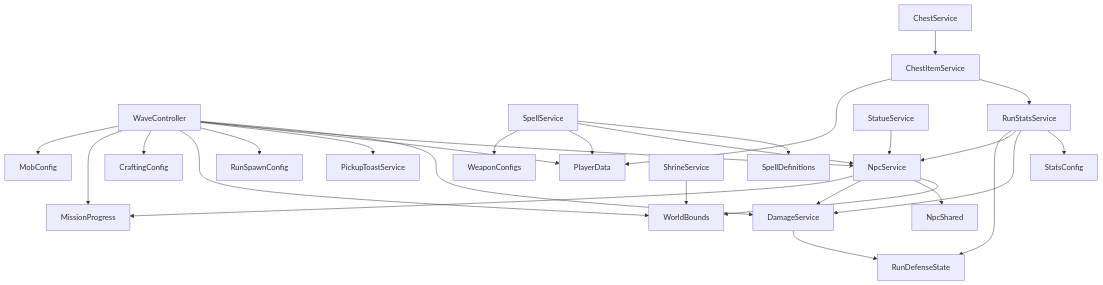
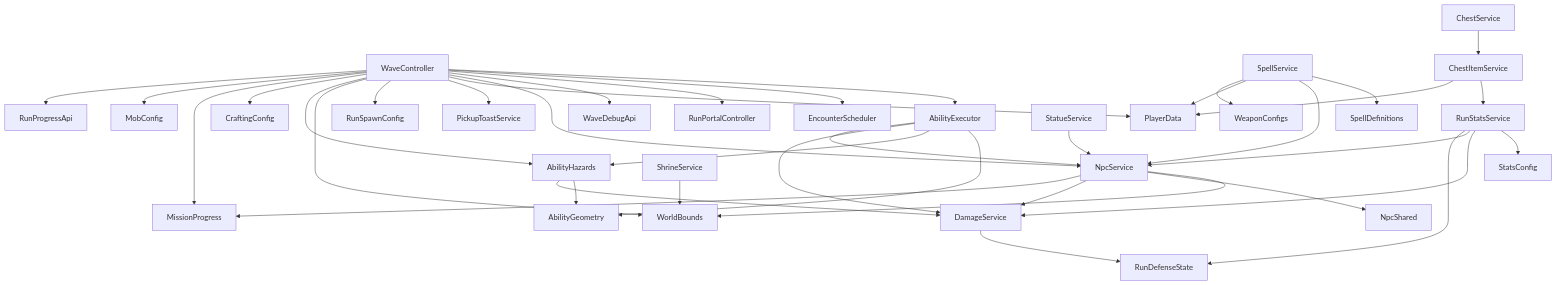
One commit to Sadocha191/The-Dungeon-2 changed the first of 2 diagrams in docs/GOD_SCRIPT_REFACTOR_PLAN.md. Above: the diagram before and after it, drawn with Mermaid. The commit also changed other lines of this file and 15 other files, not shown here.

````diff
--- a/docs/GOD_SCRIPT_REFACTOR_PLAN.md
+++ b/docs/GOD_SCRIPT_REFACTOR_PLAN.md
@@ -93,30 +98,45 @@
 ```mermaid
 flowchart TD
-  WaveController --> DamageService
+  WaveController --> AbilityExecutor
+  WaveController --> EncounterScheduler
+  WaveController --> RunPortalController
+  WaveController --> WaveDebugApi
   WaveController --> NpcService
   WaveController --> PlayerData
   WaveController --> PickupToastService
   WaveController --> RunSpawnConfig
   WaveController --> WorldBounds
+  WaveController --> AbilityHazards
   WaveController --> CraftingConfig
   WaveController --> MissionProgress
   WaveController --> MobConfig
+  WaveController --> RunProgressApi
+  AbilityExecutor --> AbilityGeometry
+  AbilityExecutor --> AbilityHazards
+  AbilityExecutor --> DamageService
+  AbilityExecutor --> NpcService
+  EncounterScheduler
   NpcService --> WorldBounds
   NpcService --> NpcShared
   NpcService --> DamageService
   NpcService --> MissionProgress
   DamageService --> RunDefenseState
+  AbilityHazards --> AbilityGeometry
+  AbilityHazards --> DamageService
+  AbilityGeometry
+  RunPortalController
+  WaveDebugApi
   SpellService --> SpellDefinitions
   SpellService --> NpcService
   SpellService --> PlayerData
   SpellService --> WeaponConfigs
   RunStatsService --> StatsConfig
   RunStatsService --> DamageService
   RunStatsService --> NpcService
   RunStatsService --> RunDefenseState
   ChestService --> ChestItemService
   ChestItemService --> RunStatsService
   ChestItemService --> PlayerData
   StatueService --> NpcService
   ShrineService --> WorldBounds
 ```
````
